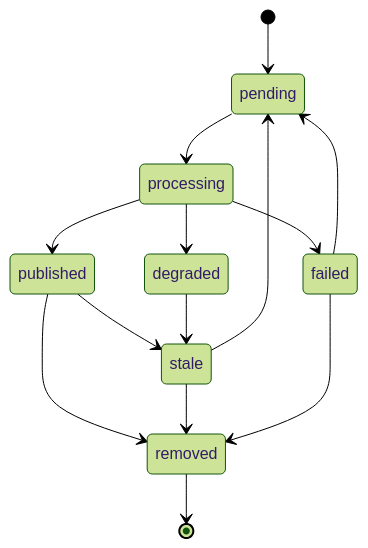
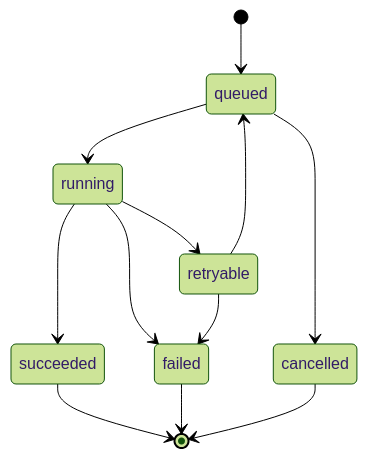
Before and after one commit to aierdong/a3-cbr: the fourth of 6 diagrams in .kiro/specs/case-vector-indexing/design.md, drawn with Mermaid (forest theme). The commit also changed other lines of this file and 41 other files, not shown here.

````diff
--- a/.kiro/specs/case-vector-indexing/design.md
+++ b/.kiro/specs/case-vector-indexing/design.md
@@ -212,16 +214,14 @@
 ```mermaid
 stateDiagram-v2
-    [*] --> pending
-    pending --> processing
-    processing --> published
-    processing --> degraded
-    processing --> failed
-    published --> stale
-    stale --> pending
-    failed --> pending
-    degraded --> stale
-    published --> removed
-    stale --> removed
-    failed --> removed
-    removed --> [*]
+    [*] --> queued
+    queued --> running
+    queued --> cancelled
+    running --> succeeded
+    running --> retryable
+    running --> failed
+    retryable --> queued
+    retryable --> failed
+    succeeded --> [*]
+    failed --> [*]
+    cancelled --> [*]
 ```
````
